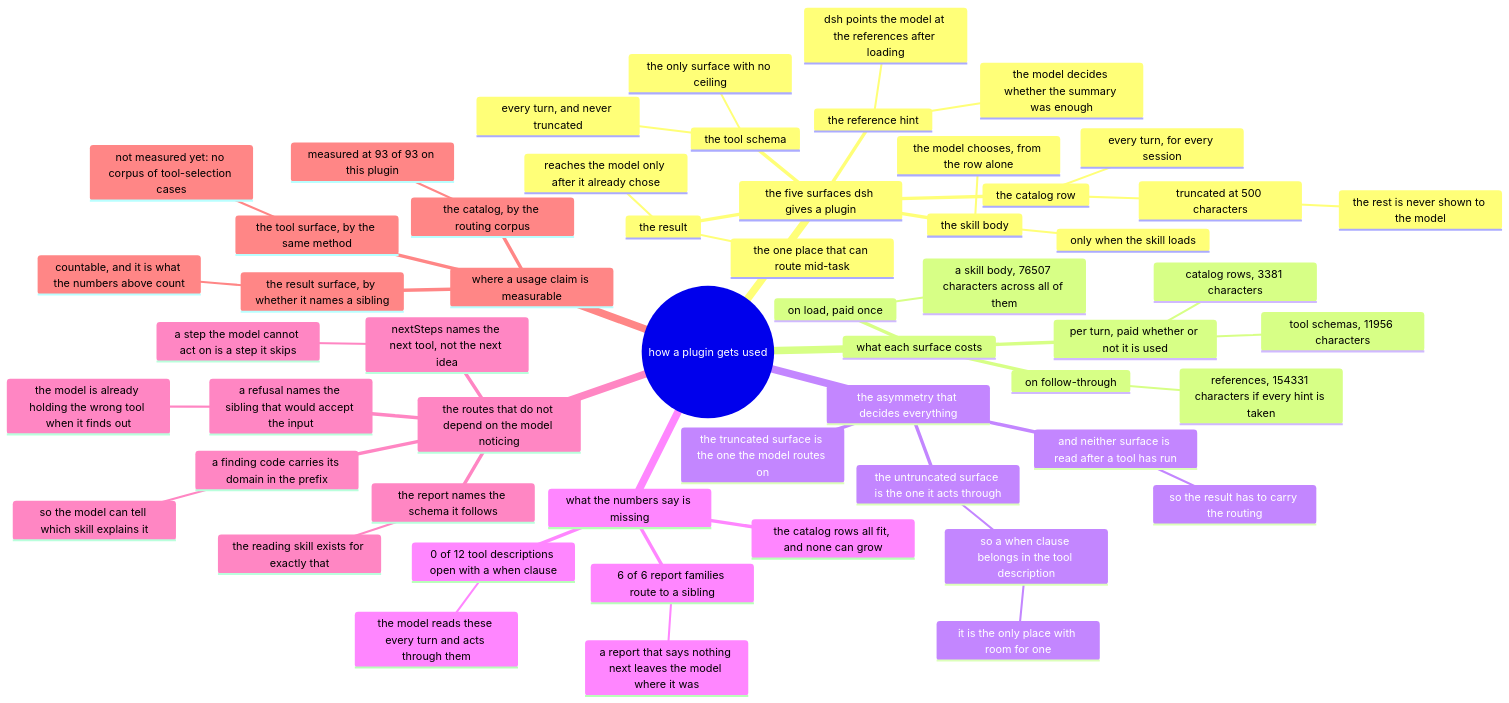
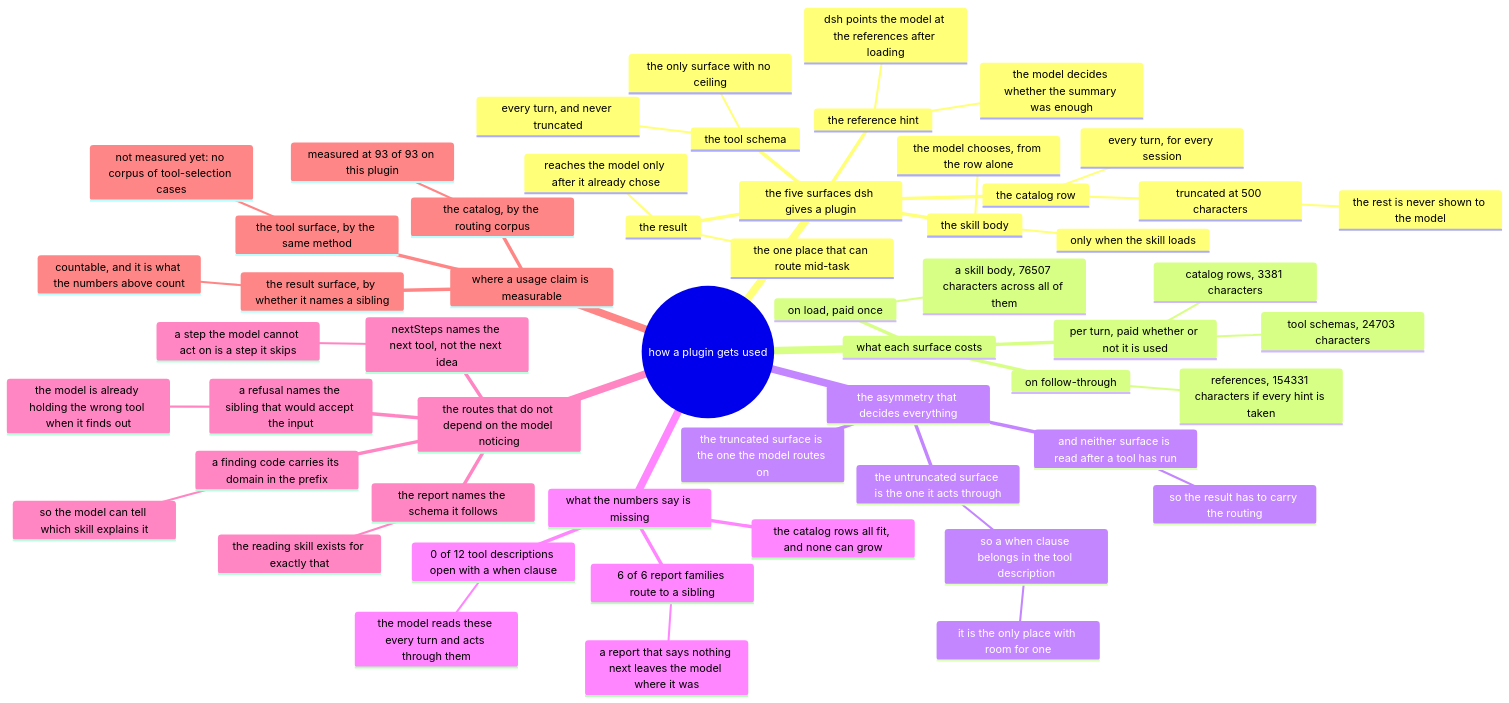
The diagram in docs/usage/mindmap.mmd (AmethystLuna/dsh-model-everything), drawn with Mermaid before and after one commit. The commit also changed 8 other files, not shown here.

```diff
--- a/docs/usage/mindmap.mmd
+++ b/docs/usage/mindmap.mmd
@@ -1,56 +1,56 @@
 mindmap
 root((how a plugin gets used))
   the five surfaces dsh gives a plugin
     the catalog row
       every turn, for every session
       truncated at 500 characters
         the rest is never shown to the model
     the skill body
       only when the skill loads
       the model chooses, from the row alone
     the reference hint
       dsh points the model at the references after loading
       the model decides whether the summary was enough
     the tool schema
       every turn, and never truncated
       the only surface with no ceiling
     the result
       reaches the model only after it already chose
       the one place that can route mid-task
   what each surface costs
     per turn, paid whether or not it is used
       catalog rows, 3381 characters
-      tool schemas, 11956 characters
+      tool schemas, 24703 characters
     on load, paid once
       a skill body, 76507 characters across all of them
     on follow-through
       references, 154331 characters if every hint is taken
   the asymmetry that decides everything
     the truncated surface is the one the model routes on
     the untruncated surface is the one it acts through
       so a when clause belongs in the tool description
         it is the only place with room for one
     and neither surface is read after a tool has run
       so the result has to carry the routing
   what the numbers say is missing
     0 of 12 tool descriptions open with a when clause
       the model reads these every turn and acts through them
     6 of 6 report families route to a sibling
       a report that says nothing next leaves the model where it was
     the catalog rows all fit, and none can grow
   the routes that do not depend on the model noticing
     a refusal names the sibling that would accept the input
       the model is already holding the wrong tool when it finds out
     nextSteps names the next tool, not the next idea
       a step the model cannot act on is a step it skips
     a finding code carries its domain in the prefix
       so the model can tell which skill explains it
     the report names the schema it follows
       the reading skill exists for exactly that
   where a usage claim is measurable
     the catalog, by the routing corpus
       measured at 93 of 93 on this plugin
     the tool surface, by the same method
       not measured yet: no corpus of tool-selection cases
     the result surface, by whether it names a sibling
       countable, and it is what the numbers above count
```
